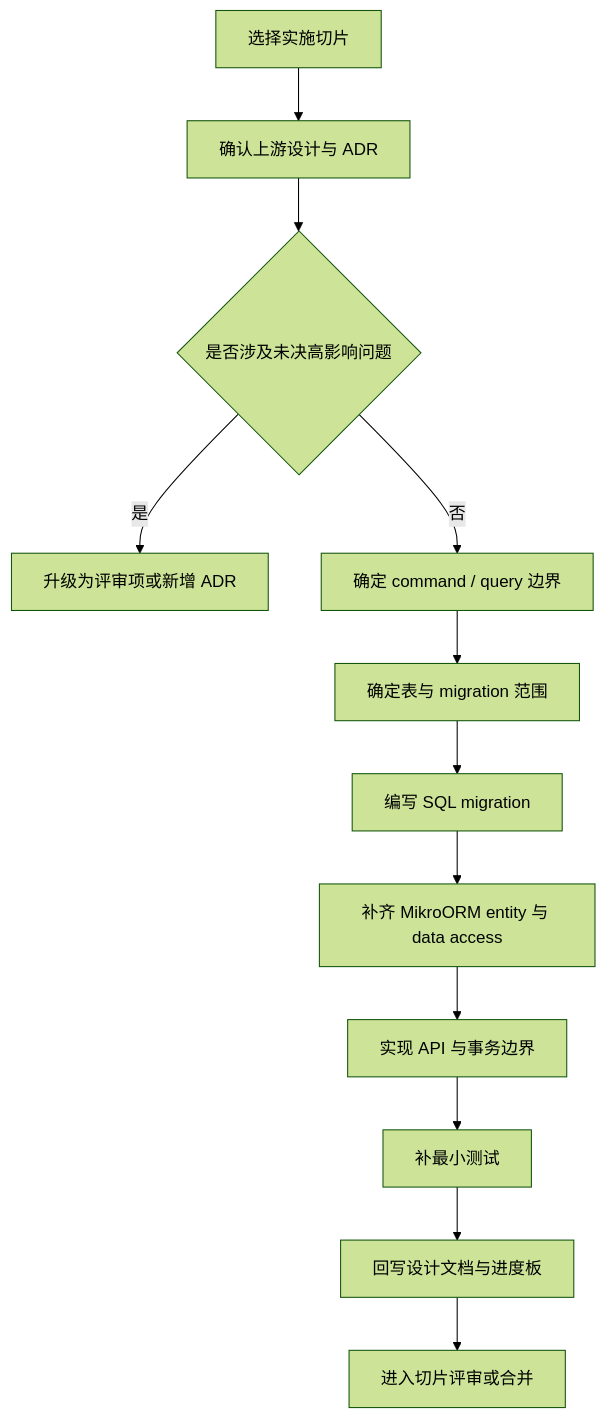
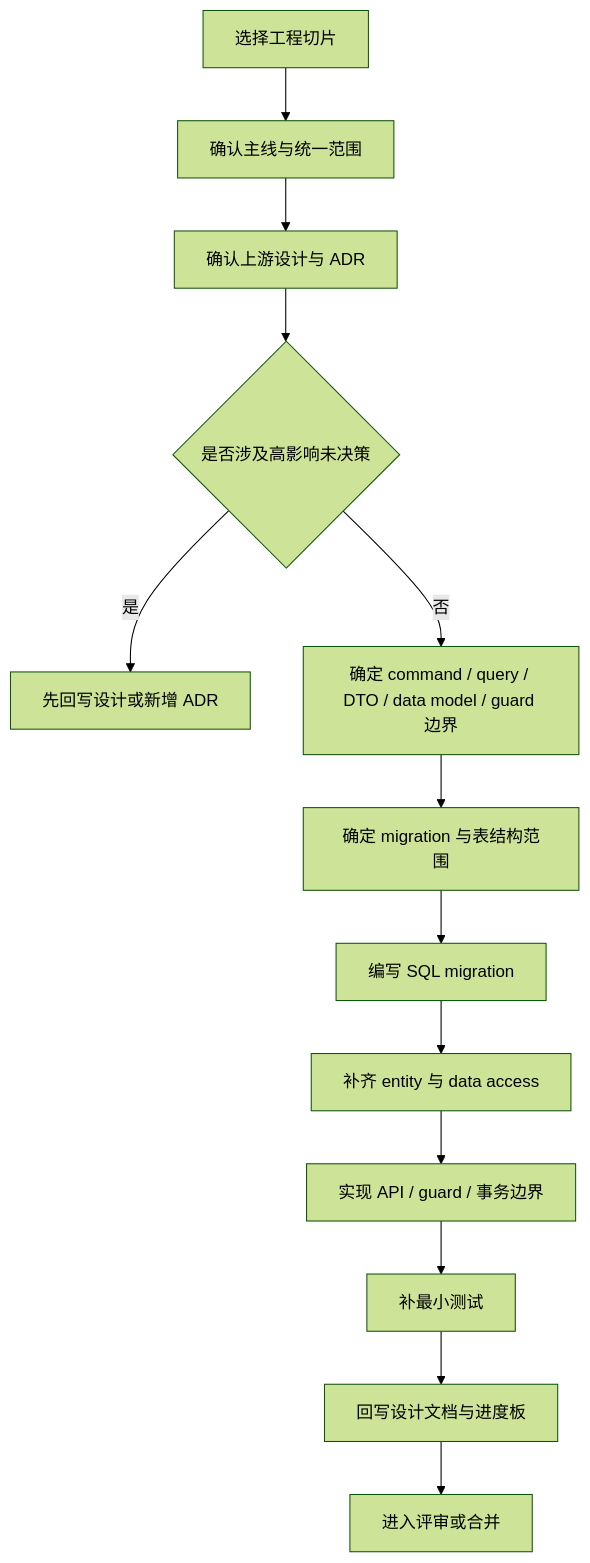
Before and after one commit to illusion-tech/poms: the diagram in docs/design/implementation-delivery-guide.md, drawn with Mermaid (forest theme). The commit also changed other lines of this file and 22 other files, not shown here.

````diff
--- a/docs/design/implementation-delivery-guide.md
+++ b/docs/design/implementation-delivery-guide.md
@@ -131,14 +135,15 @@
 ```mermaid
 flowchart TD
-    A[选择实施切片] --> B[确认上游设计与 ADR]
-    B --> C{是否涉及未决高影响问题}
-    C -- 是 --> D[升级为评审项或新增 ADR]
-    C -- 否 --> E[确定 command / query 边界]
-    E --> F[确定表与 migration 范围]
-    F --> G[编写 SQL migration]
-    G --> H[补齐 MikroORM entity 与 data access]
-    H --> I[实现 API 与事务边界]
-    I --> J[补最小测试]
-    J --> K[回写设计文档与进度板]
-    K --> L[进入切片评审或合并]
+    A[选择工程切片] --> B[确认主线与统一范围]
+    B --> C[确认上游设计与 ADR]
+    C --> D{是否涉及高影响未决策}
+    D -- 是 --> E[先回写设计或新增 ADR]
+    D -- 否 --> F[确定 command / query / DTO / data model / guard 边界]
+    F --> G[确定 migration 与表结构范围]
+    G --> H[编写 SQL migration]
+    H --> I[补齐 entity 与 data access]
+    I --> J[实现 API / guard / 事务边界]
+    J --> K[补最小测试]
+    K --> L[回写设计文档与进度板]
+    L --> M[进入评审或合并]
 ```
````
